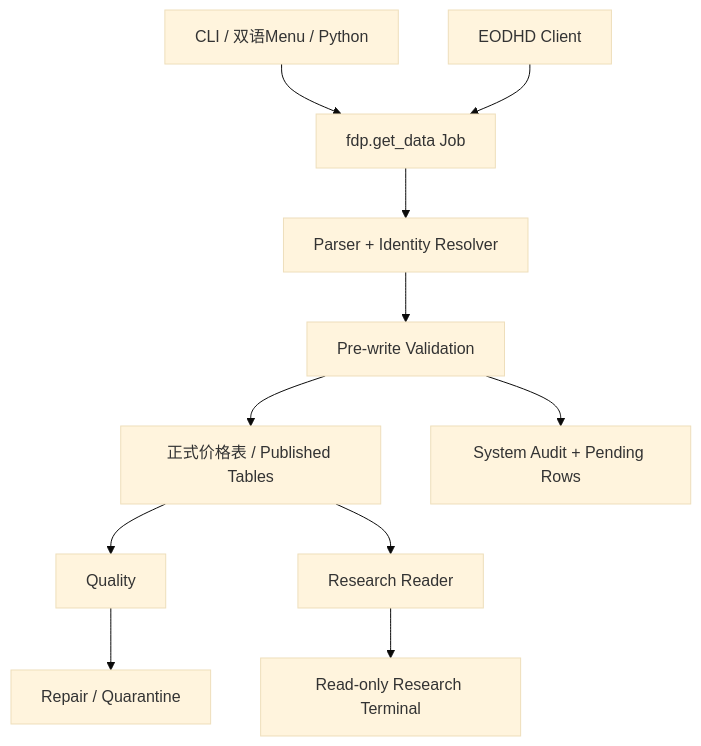
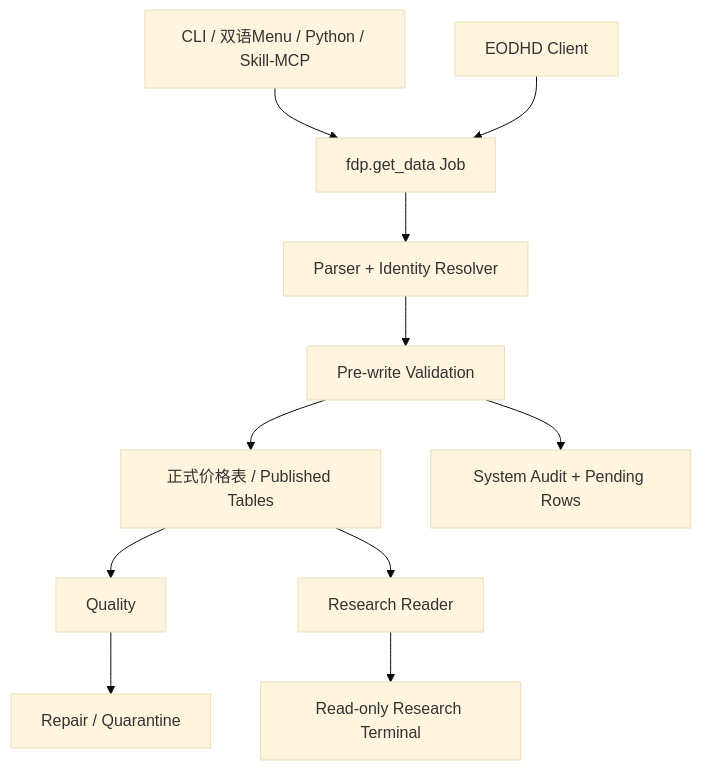
The second of 8 diagrams in database_system_cli/docs/architecture.md (jay-den-21/Meridian-J21-quant-terminal), drawn with Mermaid (base theme) before and after one commit. The commit also changed other lines of this file and 41 other files, not shown here.

````diff
--- a/database_system_cli/docs/architecture.md
+++ b/database_system_cli/docs/architecture.md
@@ -77,13 +78,13 @@
 ```mermaid
 flowchart TB
-    A["CLI / 双语Menu / Python"] --> B["fdp.get_data Job"]
+    A["CLI / 双语Menu / Python / Skill-MCP"] --> B["fdp.get_data Job"]
     C["EODHD Client"] --> B
     B --> D["Parser + Identity Resolver"]
     D --> E["Pre-write Validation"]
     E --> F["正式价格表 / Published Tables"]
     E --> G["System Audit + Pending Rows"]
     F --> H["Quality"]
     H --> I["Repair / Quarantine"]
     F --> J["Research Reader"]
     J --> K["Read-only Research Terminal"]
 ```
````
